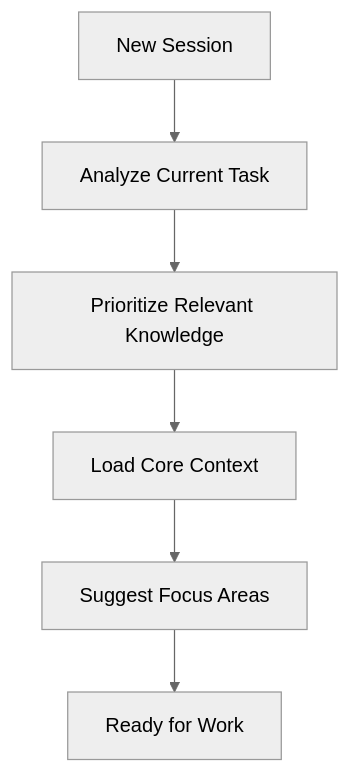
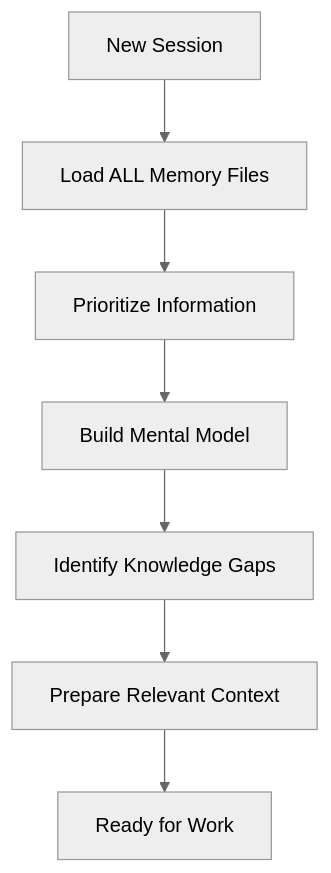
The second of 8 diagrams in memorybank.md (ishwar-chandra/llm-profiles-prompts), drawn with Mermaid (neutral theme) before and after one commit. The commit also changed other lines of this file, not shown here.

````diff
--- a/memorybank.md
+++ b/memorybank.md
@@ -149,8 +133,9 @@
 ```mermaid
 flowchart TD
-    Start[New Session] --> Analyze[Analyze Current Task]
-    Analyze --> Priority[Prioritize Relevant Knowledge]
-    Priority --> Load[Load Core Context]
-    Load --> Suggest[Suggest Focus Areas]
-    Suggest --> Ready[Ready for Work]
+    Start[New Session] --> Load[Load ALL Memory Files]
+    Load --> Prioritize[Prioritize Information]
+    Prioritize --> Build[Build Mental Model]
+    Build --> Identify[Identify Knowledge Gaps]
+    Identify --> Prepare[Prepare Relevant Context]
+    Prepare --> Ready[Ready for Work]
 ```
````
